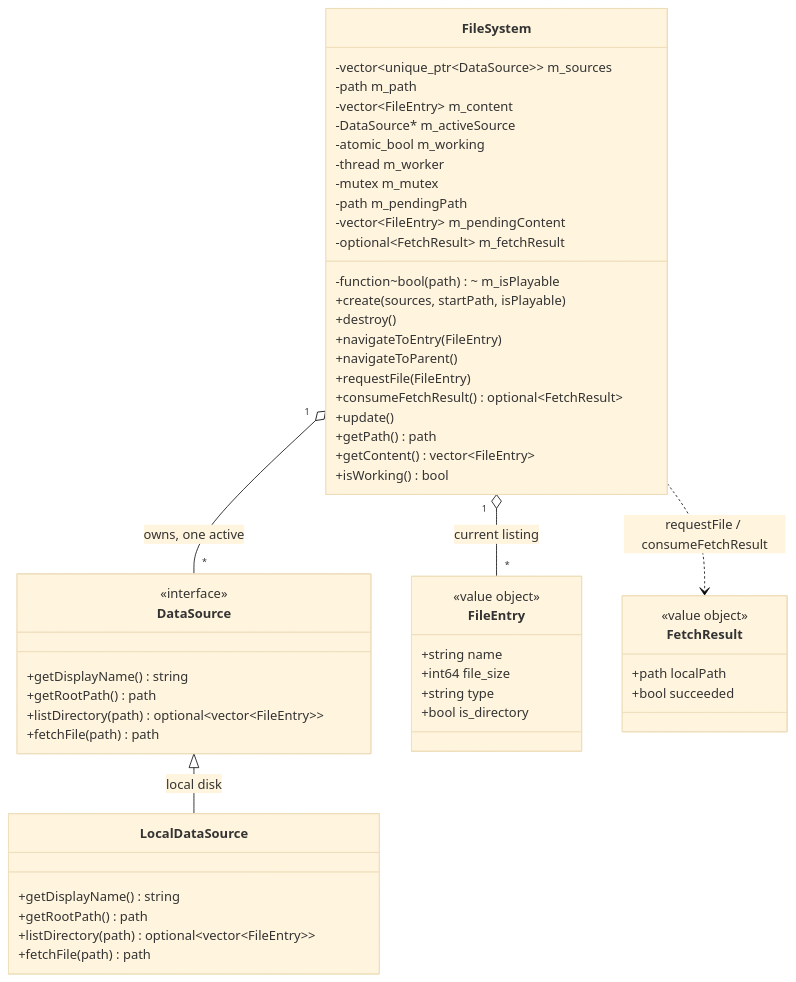
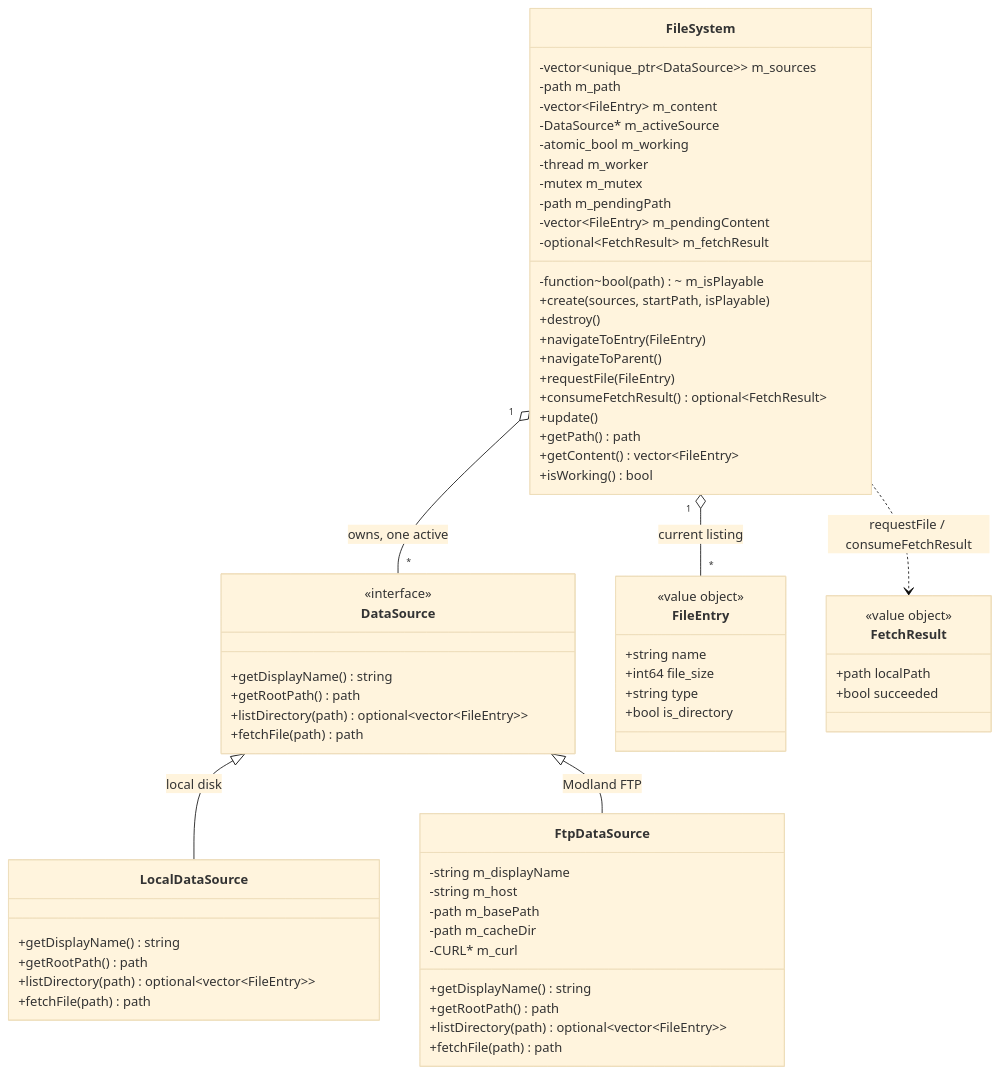
One commit to notnotme/osp2 changed the diagram in docs/filesystem.md. Above: the diagram before and after it, drawn with Mermaid (base theme). The commit also changed other lines of this file and 7 other files, not shown here.

First line of the commit message:
feat: add Modland FTP data source with MLSD directory listing

````diff
--- a/docs/filesystem.md
+++ b/docs/filesystem.md
@@ -12,60 +13,73 @@
 ```mermaid
 classDiagram
     class DataSource {
         <<interface>>
         +getDisplayName() string
         +getRootPath() path
         +listDirectory(path) optional~vector~FileEntry~~
         +fetchFile(path) path
     }
 
     class LocalDataSource {
+        +getDisplayName() string
+        +getRootPath() path
+        +listDirectory(path) optional~vector~FileEntry~~
+        +fetchFile(path) path
+    }
+
+    class FtpDataSource {
+        -string m_displayName
+        -string m_host
+        -path m_basePath
+        -path m_cacheDir
+        -CURL* m_curl
         +getDisplayName() string
         +getRootPath() path
         +listDirectory(path) optional~vector~FileEntry~~
         +fetchFile(path) path
     }
 
     class FileSystem {
         -vector~unique_ptr~DataSource~~ m_sources
         -function~bool(path)~ m_isPlayable
         -path m_path
         -vector~FileEntry~ m_content
         -DataSource* m_activeSource
         -atomic_bool m_working
         -thread m_worker
         -mutex m_mutex
         -path m_pendingPath
         -vector~FileEntry~ m_pendingContent
         -optional~FetchResult~ m_fetchResult
         +create(sources, startPath, isPlayable)
         +destroy()
         +navigateToEntry(FileEntry)
         +navigateToParent()
         +requestFile(FileEntry)
         +consumeFetchResult() optional~FetchResult~
         +update()
         +getPath() path
         +getContent() vector~FileEntry~
         +isWorking() bool
     }
 
     class FileEntry {
         <<value object>>
         +string name
         +int64 file_size
         +string type
         +bool is_directory
     }
 
     class FetchResult {
         <<value object>>
         +path localPath
         +bool succeeded
     }
 
     DataSource <|-- LocalDataSource : local disk
+    DataSource <|-- FtpDataSource : Modland FTP
     FileSystem "1" o-- "*" DataSource : owns, one active
     FileSystem "1" o-- "*" FileEntry : current listing
     FileSystem ..> FetchResult : requestFile / consumeFetchResult
 ```
````
